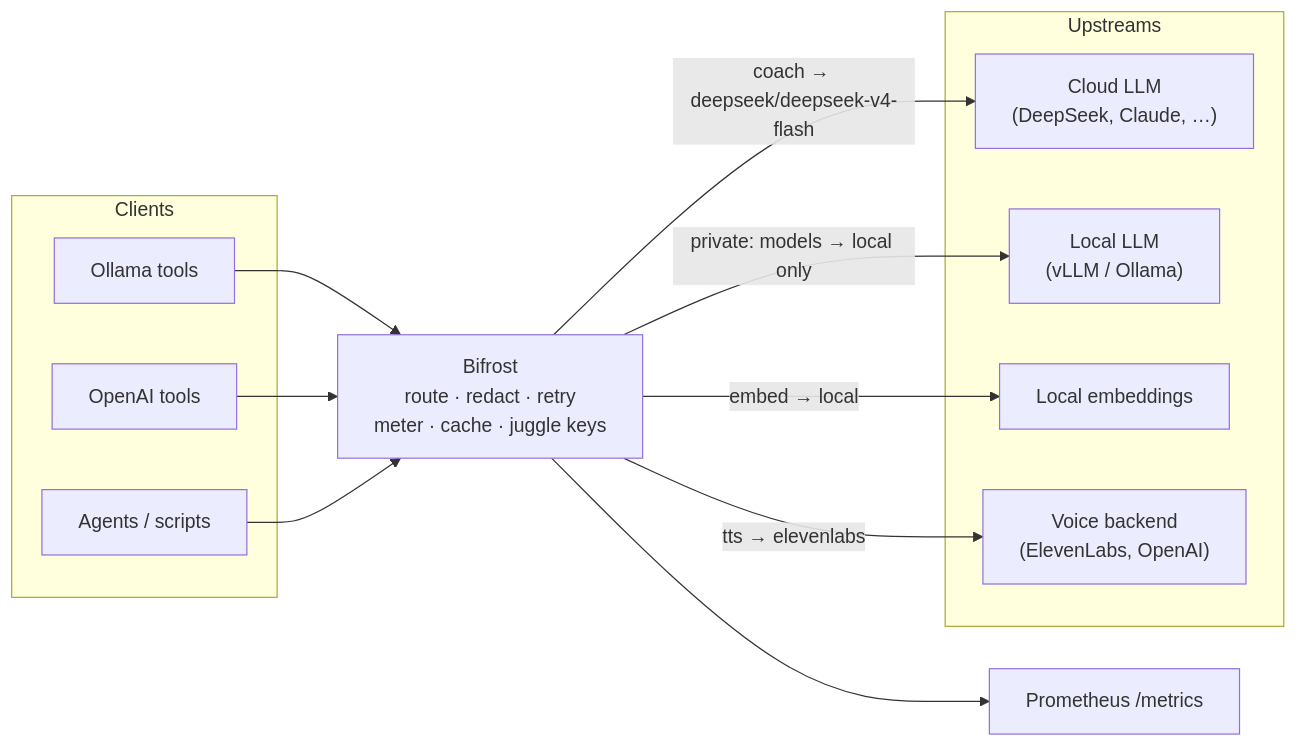
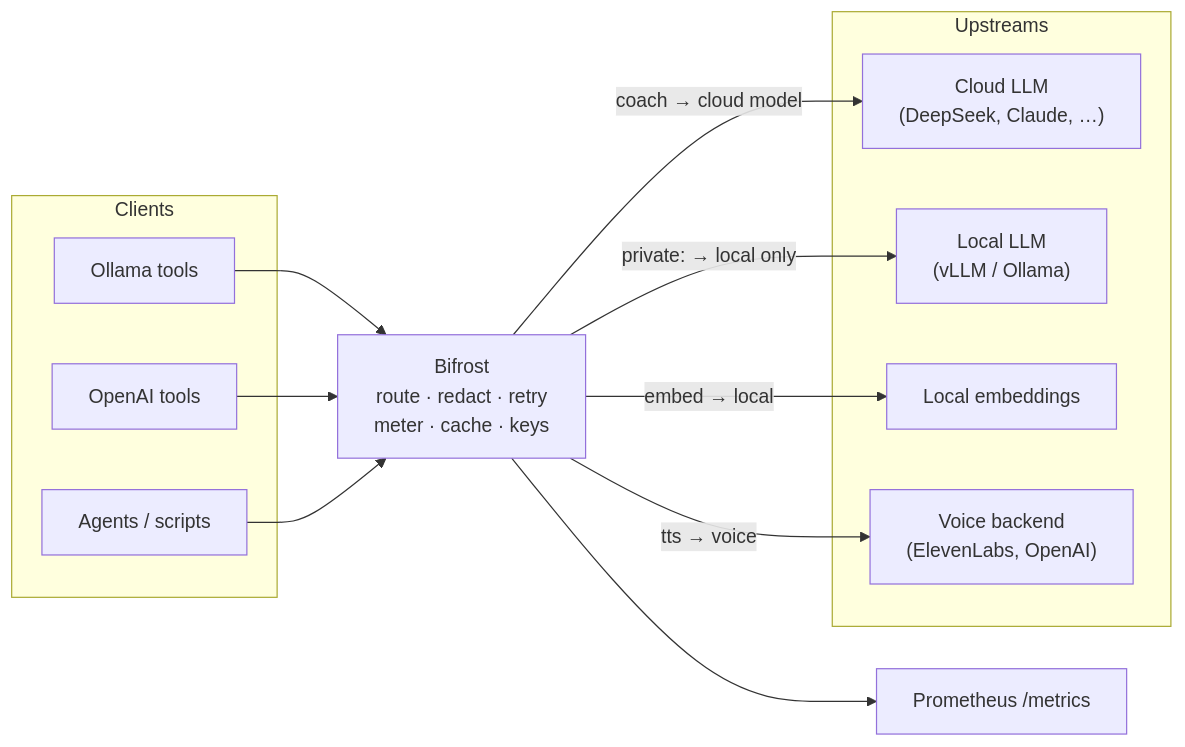
The diagram in README.md (StevenGann/bifrost), drawn with Mermaid before and after one commit.

Commit message:
docs(readme): tighten diagram labels so they stop wrapping

````diff
--- a/README.md
+++ b/README.md
@@ -11,26 +11,26 @@
 ```mermaid
 flowchart LR
     subgraph Clients[Clients]
         O["Ollama tools"]
         V["OpenAI tools"]
         A["Agents / scripts"]
     end
 
-    B["Bifrost<br/>route · redact · retry<br/>meter · cache · juggle keys"]
+    B["Bifrost<br/>route · redact · retry<br/>meter · cache · keys"]
 
     subgraph Upstreams[Upstreams]
         C["Cloud LLM<br/>(DeepSeek, Claude, …)"]
         L["Local LLM<br/>(vLLM / Ollama)"]
         E["Local embeddings"]
         S["Voice backend<br/>(ElevenLabs, OpenAI)"]
     end
 
     O --> B
     V --> B
     A --> B
-    B -->|"coach → deepseek/deepseek-v4-flash"| C
-    B -->|"private: models → local only"| L
+    B -->|"coach → cloud model"| C
+    B -->|"private: → local only"| L
     B -->|"embed → local"| E
-    B -->|"tts → elevenlabs"| S
+    B -->|"tts → voice"| S
     B --> M["Prometheus /metrics"]
 ```
````
